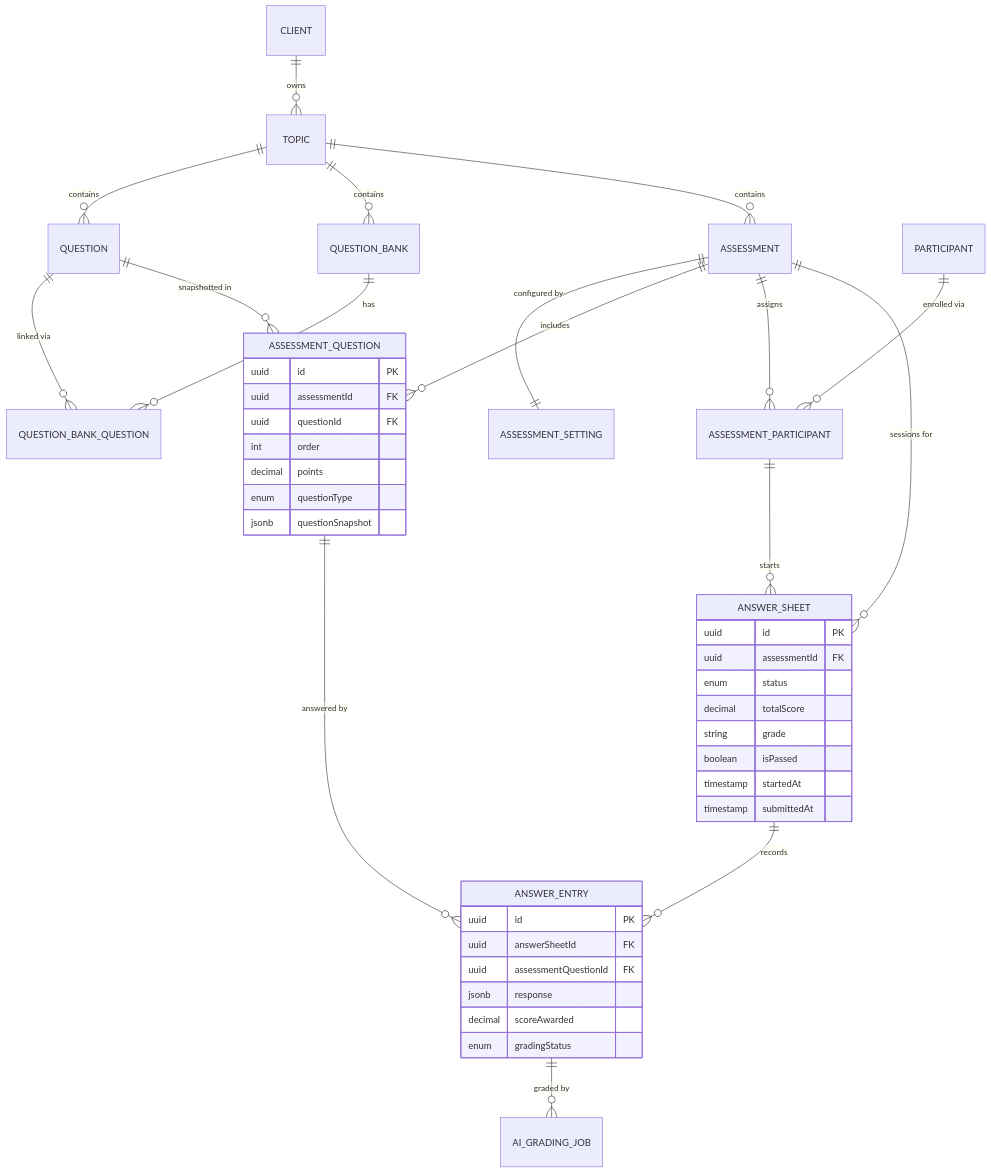
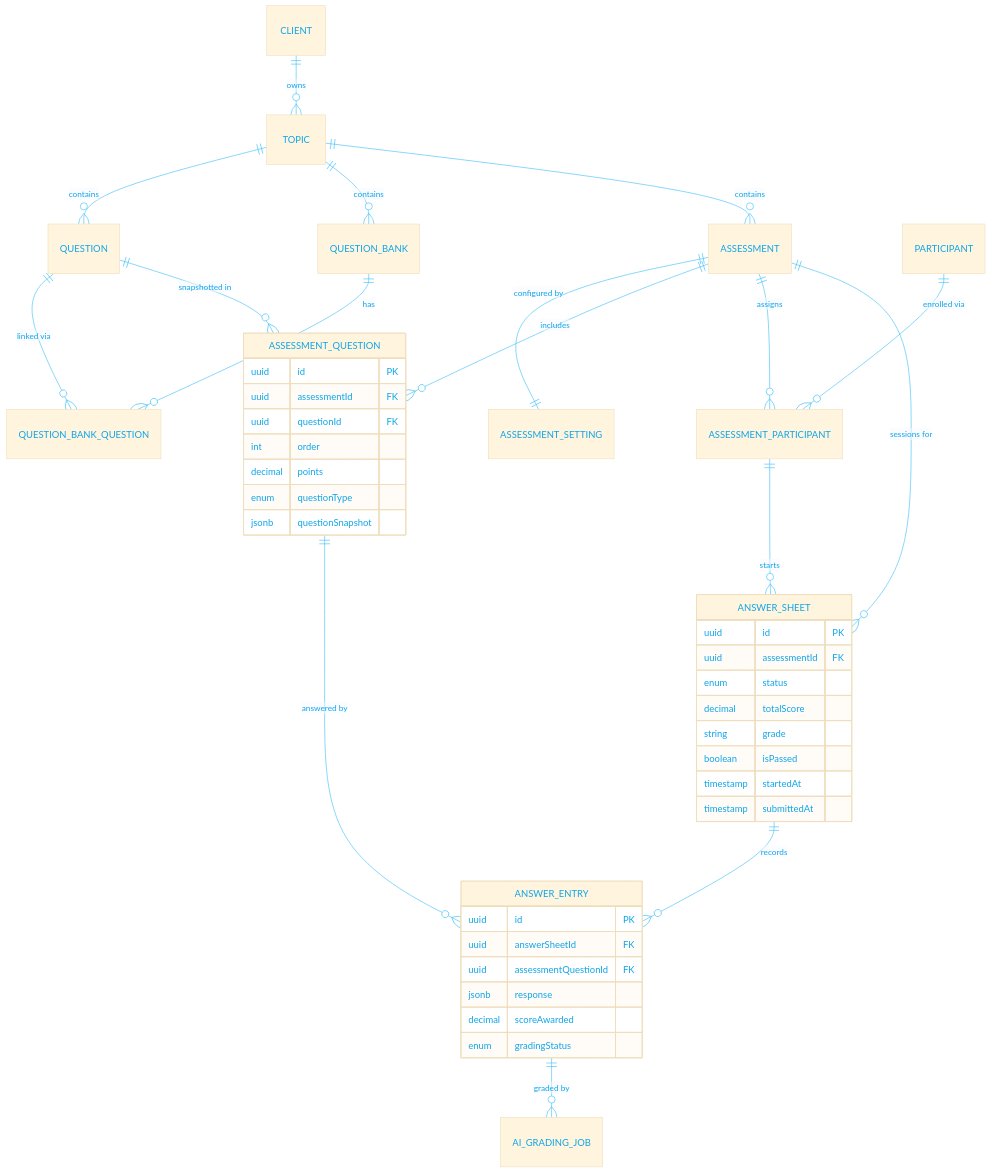
The third of 9 diagrams in docs/architecture.md (KhornMolika/assessment-service-backend), drawn with Mermaid before and after one commit. The commit also changed 4 other files, not shown here.

````diff
--- a/docs/architecture.md
+++ b/docs/architecture.md
@@ -128,52 +128,53 @@
 ```mermaid
+%%{init: { 'theme': 'base', 'themeVariables': { 'textColor': '#0ea5e9', 'lineColor': '#38bdf8', 'primaryTextColor': '#0ea5e9' } } }%%
 erDiagram
     CLIENT ||--o{ TOPIC : owns
     TOPIC ||--o{ QUESTION : contains
     TOPIC ||--o{ QUESTION_BANK : contains
     TOPIC ||--o{ ASSESSMENT : contains
 
     QUESTION_BANK ||--o{ QUESTION_BANK_QUESTION : has
     QUESTION ||--o{ QUESTION_BANK_QUESTION : "linked via"
 
     ASSESSMENT ||--|| ASSESSMENT_SETTING : "configured by"
     ASSESSMENT ||--o{ ASSESSMENT_QUESTION : includes
     QUESTION ||--o{ ASSESSMENT_QUESTION : "snapshotted in"
     ASSESSMENT ||--o{ ASSESSMENT_PARTICIPANT : assigns
     PARTICIPANT ||--o{ ASSESSMENT_PARTICIPANT : "enrolled via"
 
     ASSESSMENT ||--o{ ANSWER_SHEET : "sessions for"
     ASSESSMENT_PARTICIPANT ||--o{ ANSWER_SHEET : starts
     ANSWER_SHEET ||--o{ ANSWER_ENTRY : records
     ASSESSMENT_QUESTION ||--o{ ANSWER_ENTRY : "answered by"
     ANSWER_ENTRY ||--o{ AI_GRADING_JOB : "graded by"
 
     ASSESSMENT_QUESTION {
         uuid id PK
         uuid assessmentId FK
         uuid questionId FK
         int order
         decimal points
         enum questionType
         jsonb questionSnapshot
     }
 
     ANSWER_SHEET {
         uuid id PK
         uuid assessmentId FK
         enum status
         decimal totalScore
         string grade
         boolean isPassed
         timestamp startedAt
         timestamp submittedAt
     }
 
     ANSWER_ENTRY {
         uuid id PK
         uuid answerSheetId FK
         uuid assessmentQuestionId FK
         jsonb response
         decimal scoreAwarded
         enum gradingStatus
     }
 ```
````
